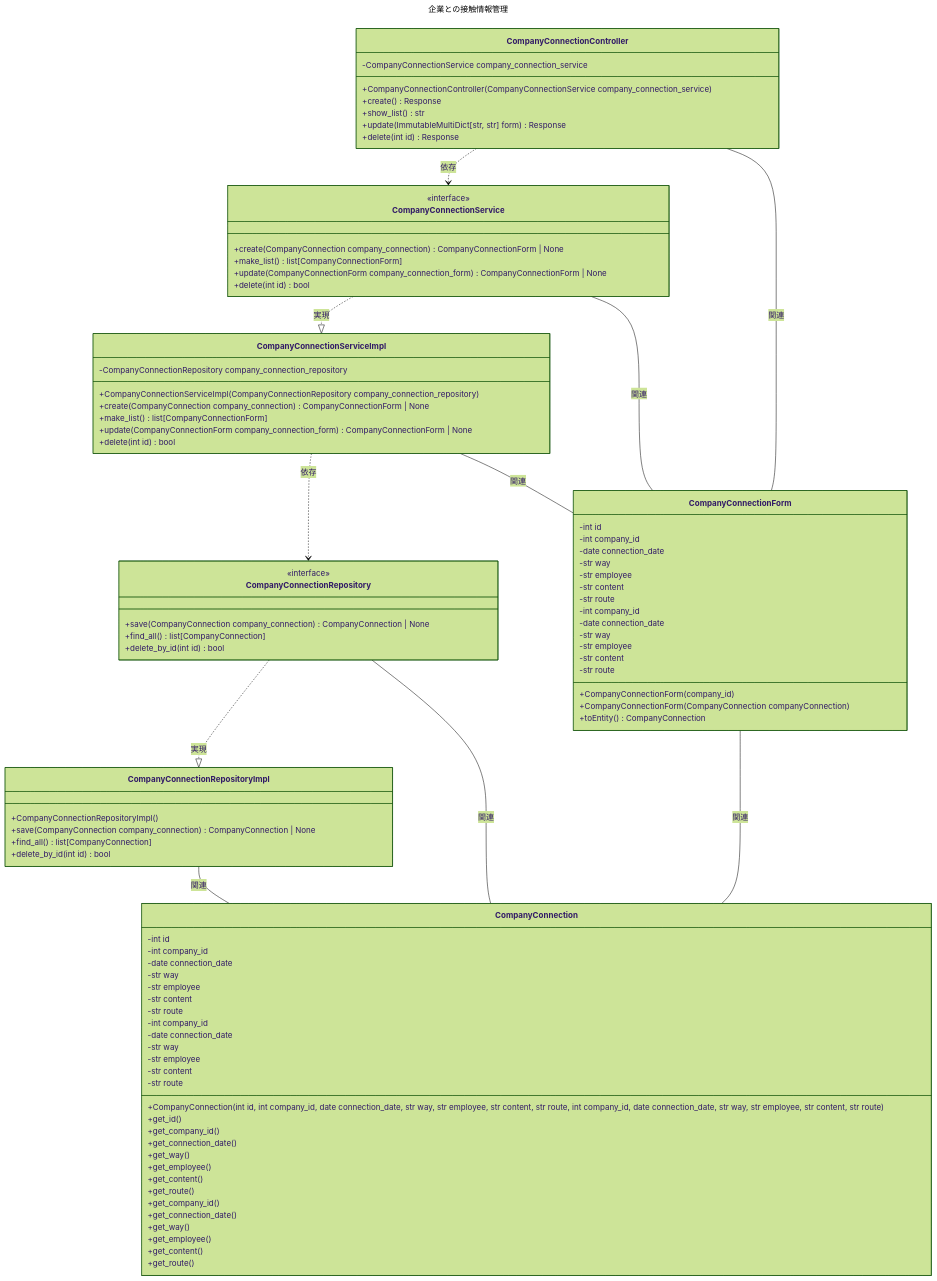
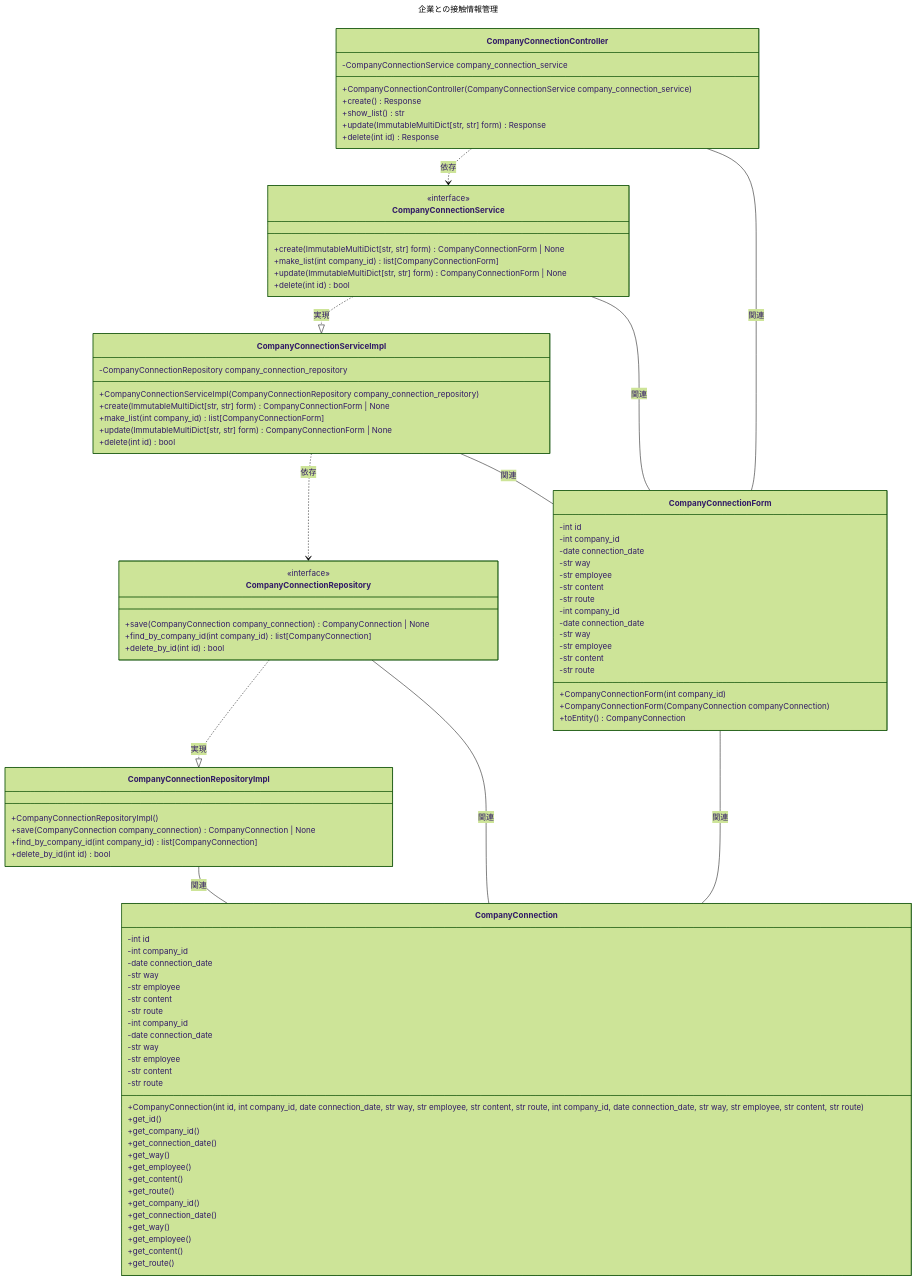
One commit to kmusicsports/JobCollection changed the fourth of 4 diagrams in README.md. Above: the diagram before and after it, drawn with Mermaid (forest theme). The commit also changed other lines of this file, not shown here.

Commit message:
add explanation in architecture and class diagram to README.md

```diff
--- a/README.md
+++ b/README.md
@@ -502,28 +510,28 @@
     +delete(int id) Response
   }
   class CompanyConnectionService {
-    +create(CompanyConnection company_connection) CompanyConnectionForm | None
-    +make_list() list[CompanyConnectionForm]
-    +update(CompanyConnectionForm company_connection_form) CompanyConnectionForm | None
+    +create(ImmutableMultiDict[str, str] form) CompanyConnectionForm | None
+    +make_list(int company_id) list[CompanyConnectionForm]
+    +update(ImmutableMultiDict[str, str] form) CompanyConnectionForm | None
     +delete(int id) bool
   }
   class CompanyConnectionServiceImpl {
     -CompanyConnectionRepository company_connection_repository
     +CompanyConnectionServiceImpl(CompanyConnectionRepository company_connection_repository)
-    +create(CompanyConnection company_connection) CompanyConnectionForm | None
-    +make_list() list[CompanyConnectionForm]
-    +update(CompanyConnectionForm company_connection_form) CompanyConnectionForm | None
+    +create(ImmutableMultiDict[str, str] form) CompanyConnectionForm | None
+    +make_list(int company_id) list[CompanyConnectionForm]
+    +update(ImmutableMultiDict[str, str] form) CompanyConnectionForm | None
     +delete(int id) bool
   }
   class CompanyConnectionRepository {
     +save(CompanyConnection company_connection) CompanyConnection | None
-    +find_all() list[CompanyConnection]
+    +find_by_company_id(int company_id) list[CompanyConnection]
     +delete_by_id(int id) bool
   }
   class CompanyConnectionRepositoryImpl {
     +CompanyConnectionRepositoryImpl()
     +save(CompanyConnection company_connection) CompanyConnection | None
-    +find_all() list[CompanyConnection]
+    +find_by_company_id(int company_id) list[CompanyConnection]
     +delete_by_id(int id) bool
   }
   class CompanyConnectionForm {
@@ -540,7 +548,7 @@
     -str employee
     -str content
     -str route
-    +CompanyConnectionForm(company_id)
+    +CompanyConnectionForm(int company_id)
     +CompanyConnectionForm(CompanyConnection companyConnection)
     +toEntity() CompanyConnection
   }
```
